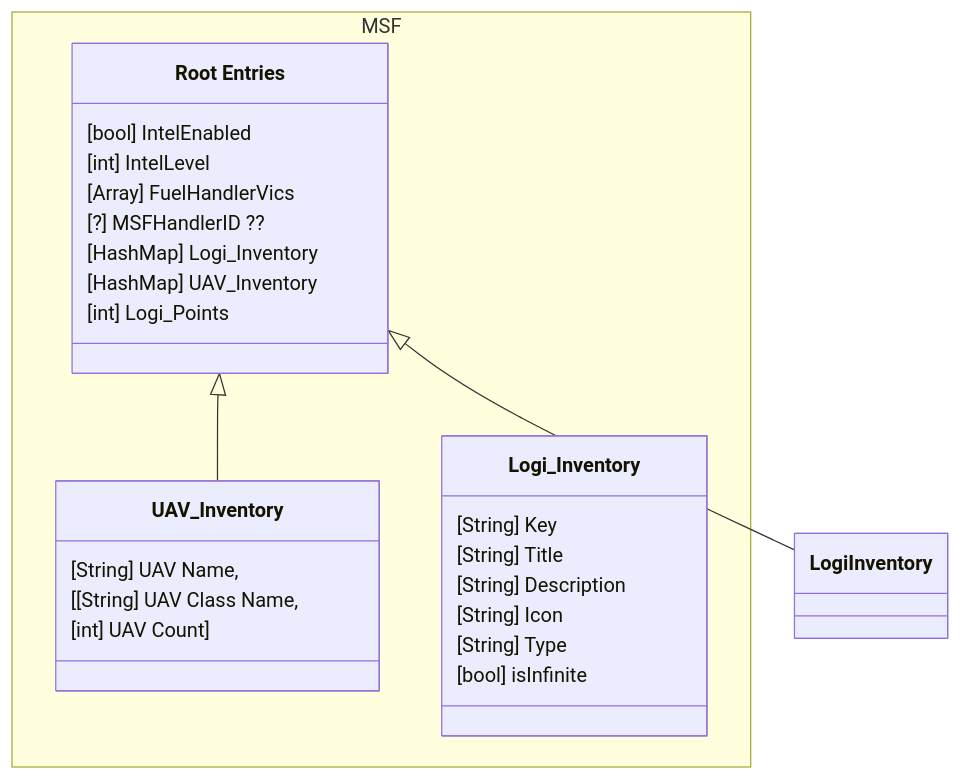
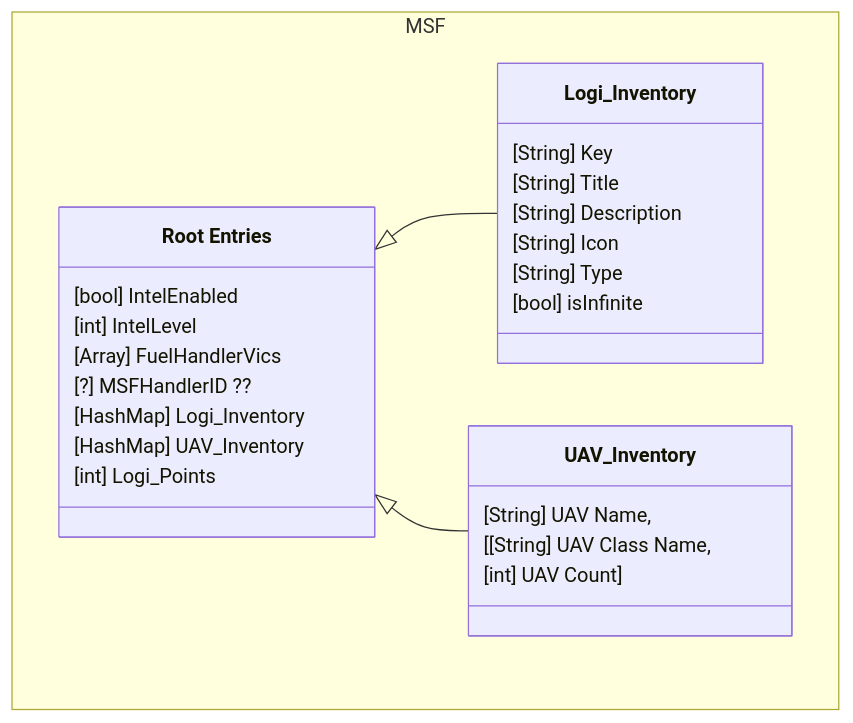
One commit to zeiktuvai/MSF_Addon changed the first of 3 diagrams in notes/MSF_Data.md. Above: the diagram before and after it, drawn with Mermaid. The commit also changed other lines of this file and 13 other files, not shown here.

````diff
--- a/notes/MSF_Data.md
+++ b/notes/MSF_Data.md
@@ -3,29 +3,29 @@
 ```mermaid
 classDiagram
-Root <|-- LogiInventory
+Root <|-- Logi_Inventory
 Root <|-- UAV_Inventory
 namespace MSF {
     class Root["Root Entries"] {
         [bool] IntelEnabled
         [int] IntelLevel
         [Array] FuelHandlerVics
         [?] MSFHandlerID ??
         [HashMap] Logi_Inventory
         [HashMap] UAV_Inventory
         [int] Logi_Points
     }
     class Logi_Inventory {
         [String] Key
         [String] Title
         [String] Description
         [String] Icon
         [String] Type
         [bool] isInfinite
     }
     class UAV_Inventory {
         [String] UAV Name,
         [[String] UAV Class Name,
         [int] UAV Count]
     }
 }
 ```
````
